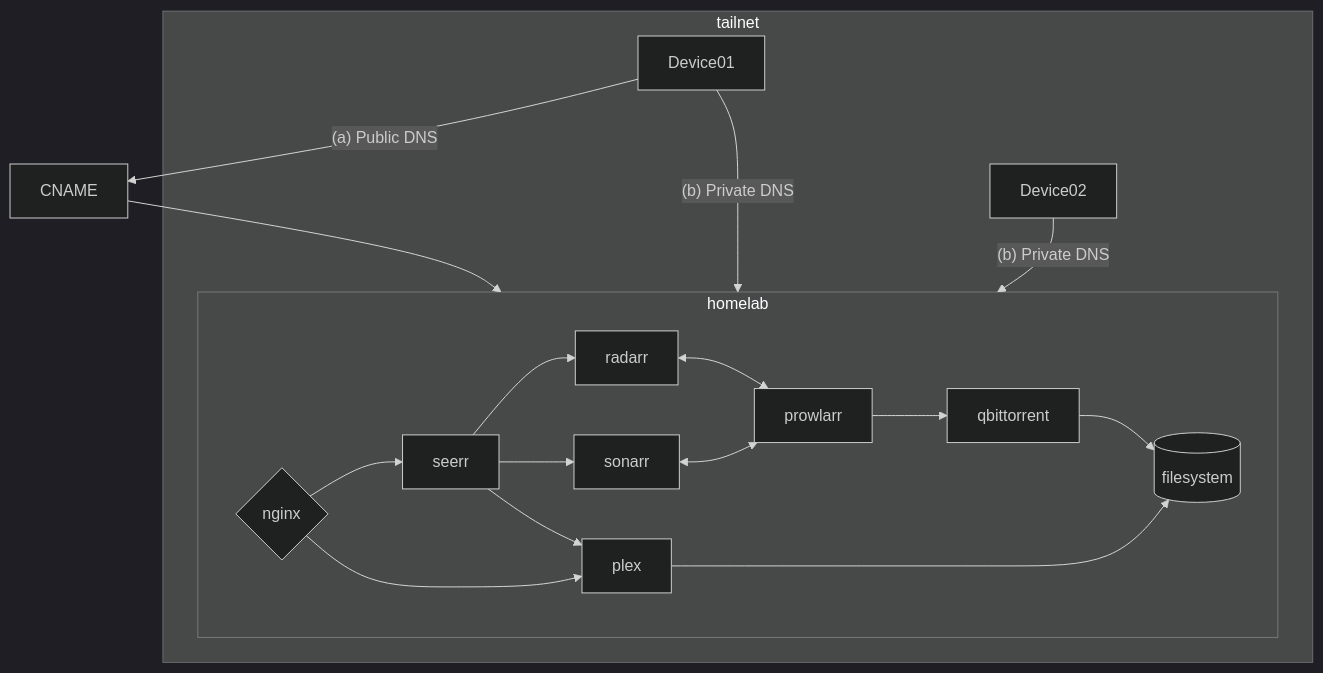
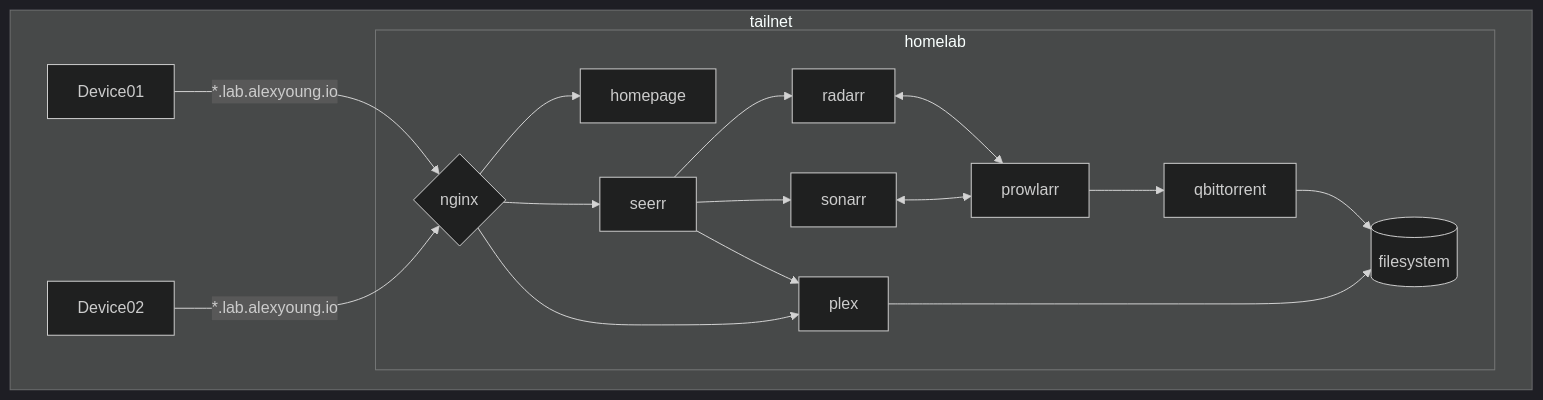
One commit to alexpyoung/homelab changed the diagram in README.md. Above: the diagram before and after it, drawn with Mermaid (dark theme). The commit also changed other lines of this file, not shown here.

Commit message:
doc(README): setup, lab.alexyoung.io access and updated diagram

````diff
--- a/README.md
+++ b/README.md
@@ -12,23 +20,22 @@
 ```mermaid
 flowchart
-    Device01--(a) Public DNS-->CNAME
-    CNAME-->homelab
     subgraph tailnet
         subgraph homelab
             nginx{nginx}
+            nginx-->homepage
             nginx-->seerr
             nginx-->plex
             seerr-->radarr
             seerr-->sonarr
             seerr-->plex
             radarr<-->prowlarr
             sonarr<-->prowlarr
             prowlarr-->qbittorrent
             fs[(filesystem)]
             qbittorrent-->fs
             plex-->fs
         end
-        Device01--(b) Private DNS-->homelab
-        Device02--(b) Private DNS-->homelab
+        Device01--"*.lab.alexyoung.io"-->nginx
+        Device02--"*.lab.alexyoung.io"-->nginx
     end
 ```
````
